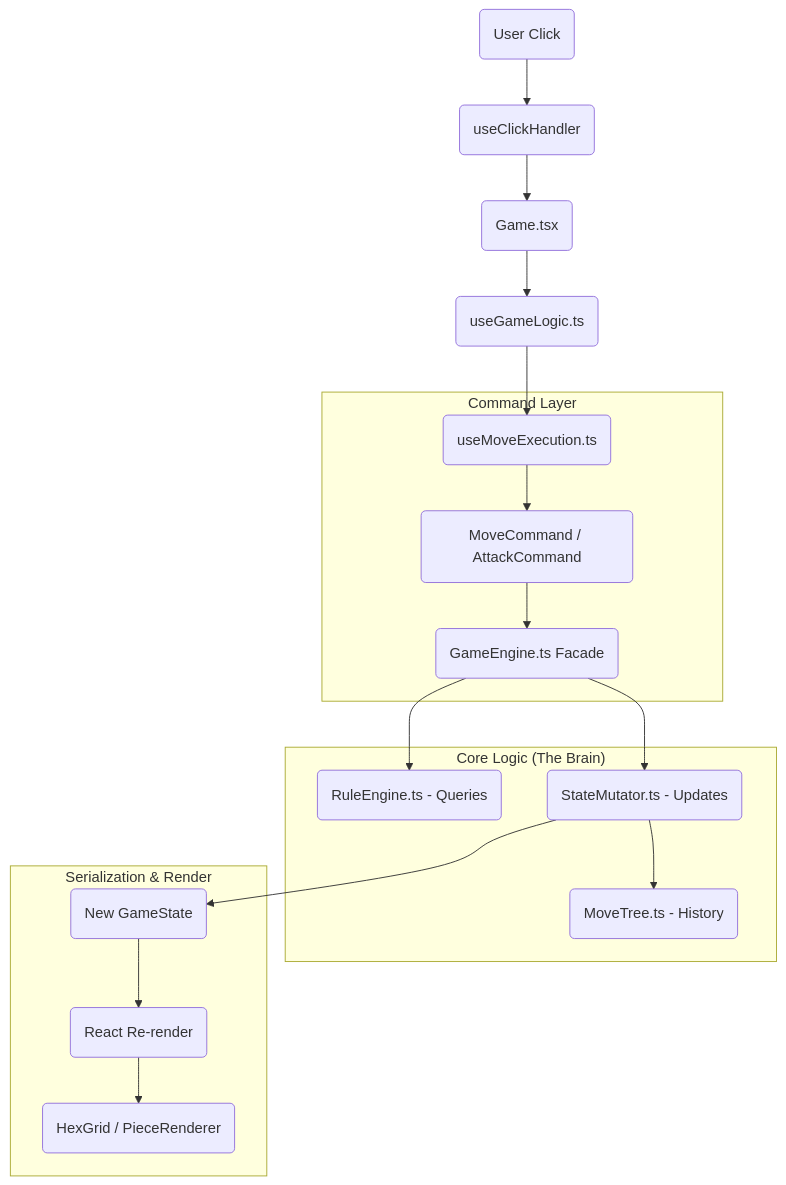
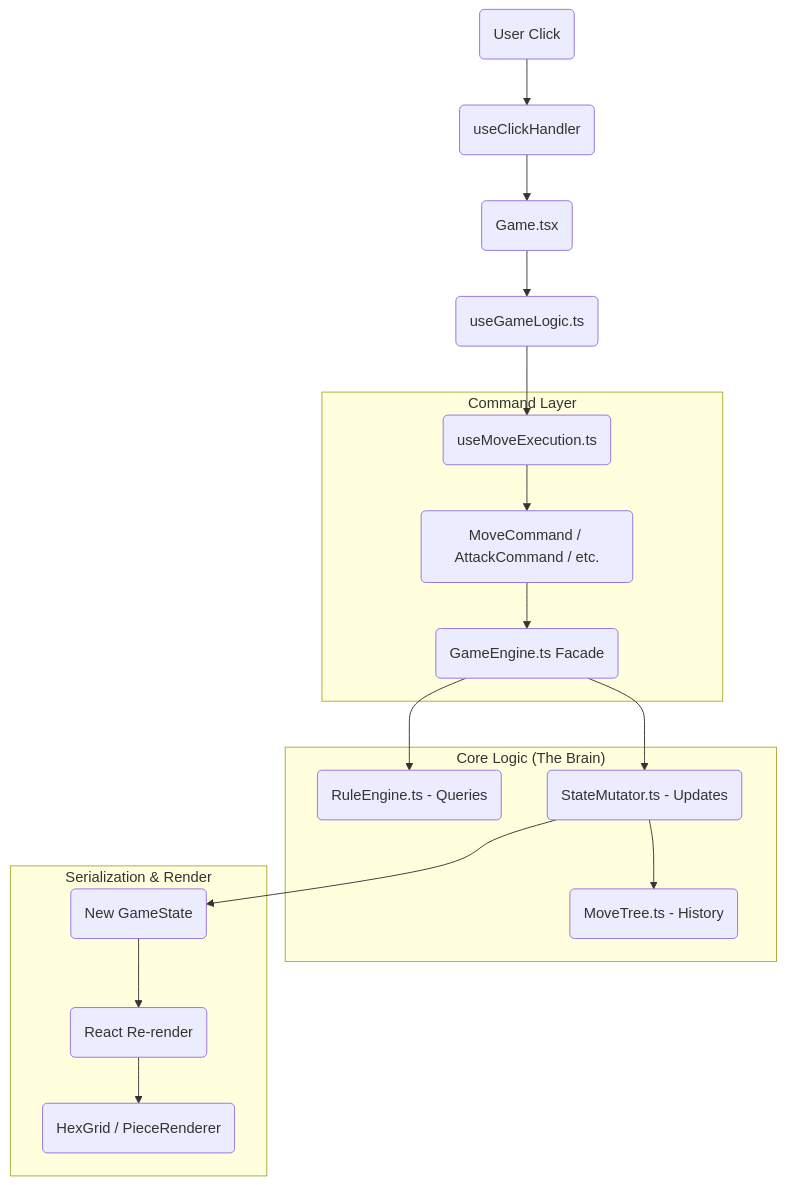
The diagram in info/ANALYSIS_ARCHITECTURE.md (LiamLlamazares/Castles), drawn with Mermaid before and after one commit. The commit also changed other lines of this file and 7 other files, not shown here.

````diff
--- a/info/ANALYSIS_ARCHITECTURE.md
+++ b/info/ANALYSIS_ARCHITECTURE.md
@@ -45,24 +46,24 @@
 ```mermaid
 graph TD
     User(User Click) --> InputHandler(useClickHandler)
     InputHandler --> GameComp(Game.tsx)
     GameComp --> LogicHook(useGameLogic.ts)
     LogicHook --> MoveExec(useMoveExecution.ts)
     
     subgraph "Command Layer"
-        MoveExec --> Cmd(MoveCommand / AttackCommand)
+        MoveExec --> Cmd(MoveCommand / AttackCommand / etc.)
         Cmd --> GE(GameEngine.ts Facade)
     end
     
     subgraph "Core Logic (The Brain)"
         GE --> RuleEngine(RuleEngine.ts - Queries)
         GE --> StateMutator(StateMutator.ts - Updates)
         StateMutator --> MoveTree(MoveTree.ts - History)
     end
     
     subgraph "Serialization & Render"
         StateMutator --> NewState(New GameState)
         NewState --> ReactRender(React Re-render)
         ReactRender --> UI(HexGrid / PieceRenderer)
     end
 ```
````
